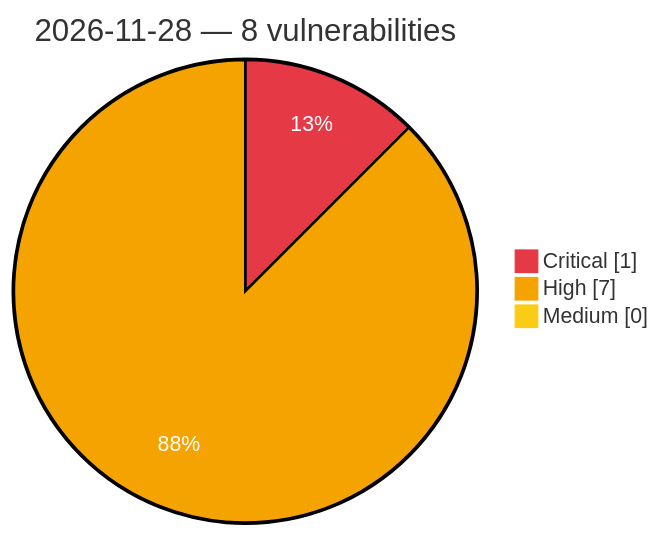
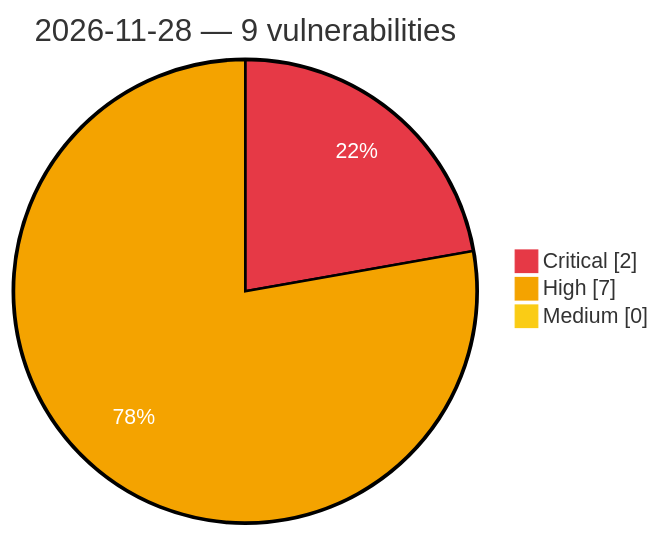
The diagram in vulnerabilities/2026/November/2026-11-28.md (GhostX0X/vuln-tracker), drawn with Mermaid before and after one commit. The commit also changed other lines of this file and 5 other files, not shown here.

````diff
--- a/vulnerabilities/2026/November/2026-11-28.md
+++ b/vulnerabilities/2026/November/2026-11-28.md
@@ -3,8 +3,8 @@
 ```mermaid
 %%{init: {'theme':'base', 'themeVariables': {'pie1':'#e63946', 'pie2':'#f4a300', 'pie3':'#facc15', 'pieOpacity':'1', 'pieOuterStrokeWidth':'2px', 'pieSectionTextColor':'#ffffff'}}}%%
 pie showData
-    title 2026-11-28 — 8 vulnerabilities
-    "Critical" : 1
+    title 2026-11-28 — 9 vulnerabilities
+    "Critical" : 2
     "High" : 7
     "Medium" : 0
 ```
````
